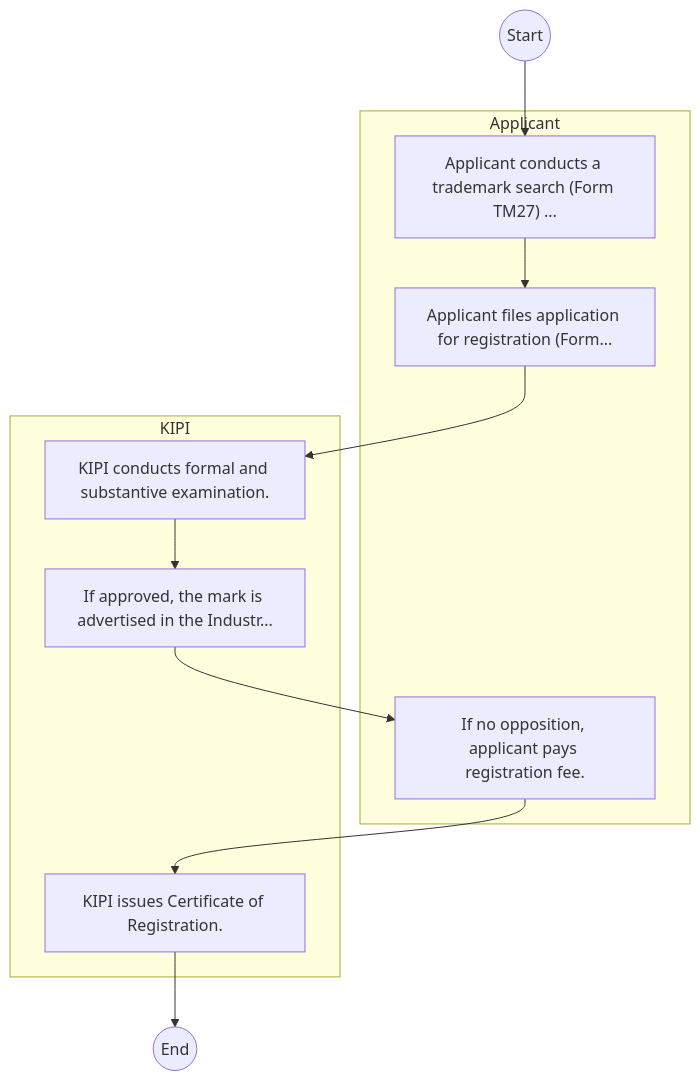
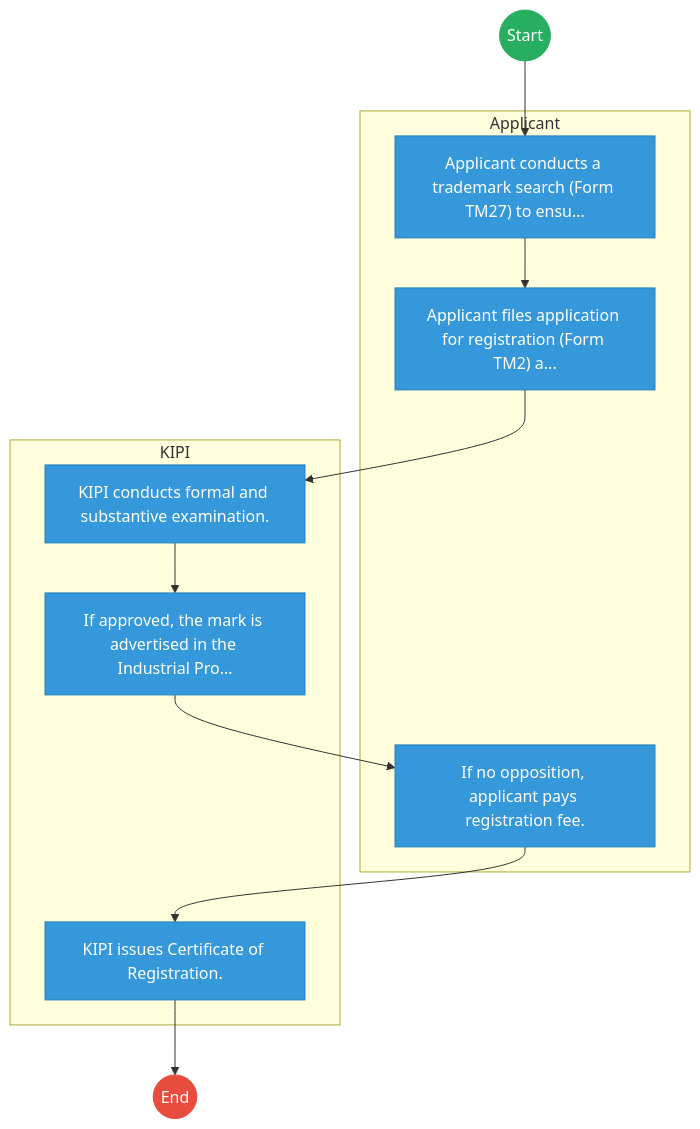
Before and after one commit to BITZ-IT-Consulting-LTD/ictapoc: the first of 2 diagrams in mdas/docs_final/Kenya_Industrial_Property_Institute___Service_Delivery.md, drawn with Mermaid. The commit also changed other lines of this file and 461 other files, not shown here.

````diff
--- a/mdas/docs_final/Kenya_Industrial_Property_Institute___Service_Delivery.md
+++ b/mdas/docs_final/Kenya_Industrial_Property_Institute___Service_Delivery.md
@@ -20,20 +20,31 @@
 ```mermaid
 graph TD
     Start((Start)) --> S1
+
     subgraph Applicant [Applicant]
-        S1["Applicant conducts a trademark search (Form TM27) ..."]
-        S2["Applicant files application for registration (Form..."]
+        S1["Applicant conducts a trademark search (Form TM27) to ensu..."]
+        S2["Applicant files application for registration (Form TM2) a..."]
         S5["If no opposition, applicant pays registration fee."]
     end
+
     subgraph KIPI [KIPI]
         S3["KIPI conducts formal and substantive examination."]
-        S4["If approved, the mark is advertised in the Industr..."]
+        S4["If approved, the mark is advertised in the Industrial Pro..."]
         S6["KIPI issues Certificate of Registration."]
     end
     S1 --> S2
     S2 --> S3
     S3 --> S4
     S4 --> S5
     S5 --> S6
     S6 --> End((End))
+
+    classDef start fill:#27ae60,stroke:#27ae60,color:#fff;
+    classDef endNode fill:#e74c3c,stroke:#e74c3c,color:#fff;
+    classDef userTask fill:#3498db,stroke:#2980b9,color:#fff;
+    classDef serviceTask fill:#9b59b6,stroke:#8e44ad,color:#fff;
+
+    class Start start;
+    class End endNode;
+    class S1,S2,S3,S4,S5,S6 userTask;
 ```
````
